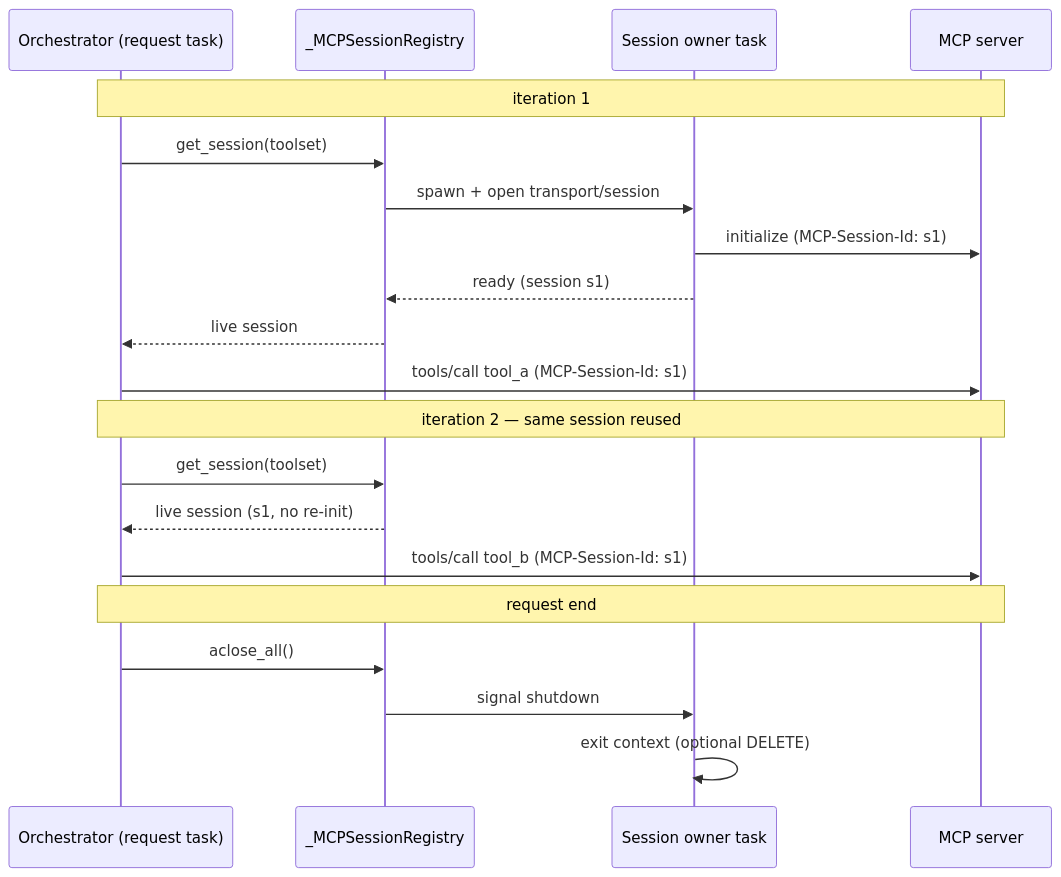
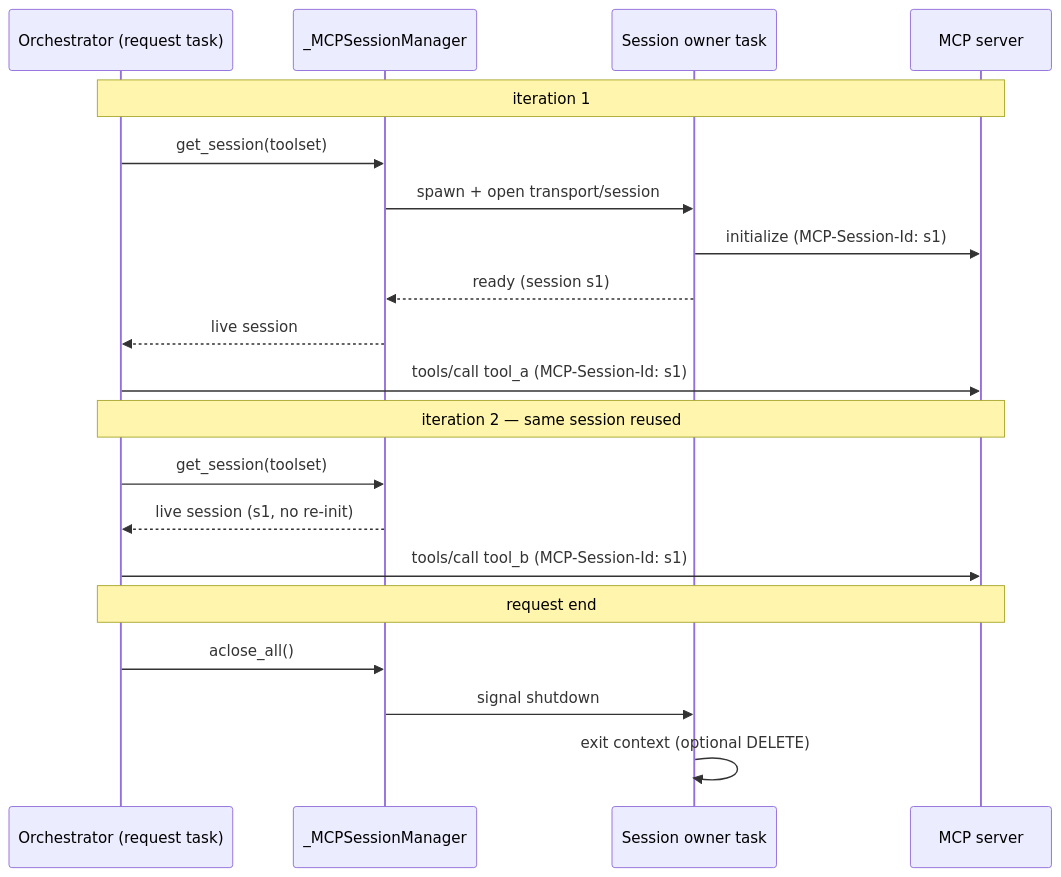
Before and after one commit to epam/ai-dial-quickapps-backend: the diagram in docs/designs/mcp_within_request_session_reuse.md, drawn with Mermaid. The commit also changed other lines of this file and 18 other files, not shown here.

First line of the commit message:
refactor(mcp): rename to _MCPSessionManager and _MCPToolsetClient

````diff
--- a/docs/designs/mcp_within_request_session_reuse.md
+++ b/docs/designs/mcp_within_request_session_reuse.md
@@ -114,25 +114,25 @@
 ```mermaid
 sequenceDiagram
     participant Orch as Orchestrator (request task)
-    participant Reg as _MCPSessionRegistry
+    participant Reg as _MCPSessionManager
     participant Owner as Session owner task
     participant Srv as MCP server
 
     Note over Orch,Srv: iteration 1
     Orch->>Reg: get_session(toolset)
     Reg->>Owner: spawn + open transport/session
     Owner->>Srv: initialize  (MCP-Session-Id: s1)
     Owner-->>Reg: ready (session s1)
     Reg-->>Orch: live session
     Orch->>Srv: tools/call tool_a  (MCP-Session-Id: s1)
 
     Note over Orch,Srv: iteration 2 — same session reused
     Orch->>Reg: get_session(toolset)
     Reg-->>Orch: live session (s1, no re-init)
     Orch->>Srv: tools/call tool_b  (MCP-Session-Id: s1)
 
     Note over Orch,Srv: request end
     Orch->>Reg: aclose_all()
     Reg->>Owner: signal shutdown
     Owner->>Owner: exit context (optional DELETE)
 ```
````
